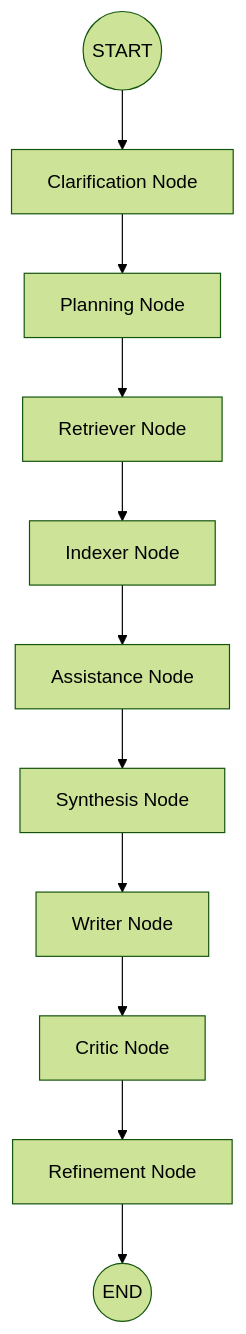
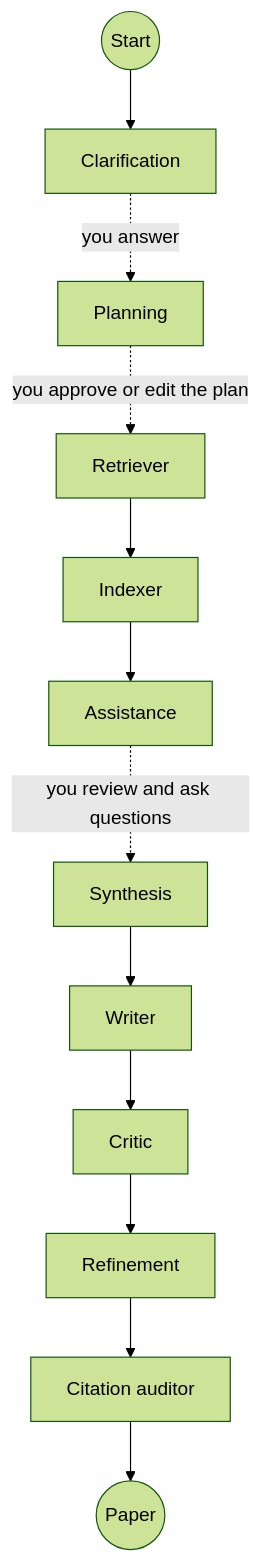
The diagram in README.md (Ganesh-reddy005/Research-agent), drawn with Mermaid (forest theme) before and after one commit. The commit also changed other lines of this file and 1 other file, not shown here.

First line of the commit message:
Update README for current features, setup and roadmap

````diff
--- a/README.md
+++ b/README.md
@@ -58,13 +63,14 @@
 ```mermaid
 graph TD
-    START((START)) --> Clarification[Clarification Node]
-    Clarification --> Planning[Planning Node]
-    Planning --> Retriever[Retriever Node]
-    Retriever --> Indexer[Indexer Node]
-    Indexer --> Assistance[Assistance Node]
-    Assistance --> Synthesis[Synthesis Node]
-    Synthesis --> Writer[Writer Node]
-    Writer --> Critic[Critic Node]
-    Critic --> Refinement[Refinement Node]
-    Refinement --> END((END))
+    START((Start)) --> Clarification
+    Clarification -.->|you answer| Planning
+    Planning -.->|you approve or edit the plan| Retriever
+    Retriever --> Indexer
+    Indexer --> Assistance
+    Assistance -.->|you review and ask questions| Synthesis
+    Synthesis --> Writer
+    Writer --> Critic
+    Critic --> Refinement
+    Refinement --> Auditor[Citation auditor]
+    Auditor --> END((Paper))
 ```
````
